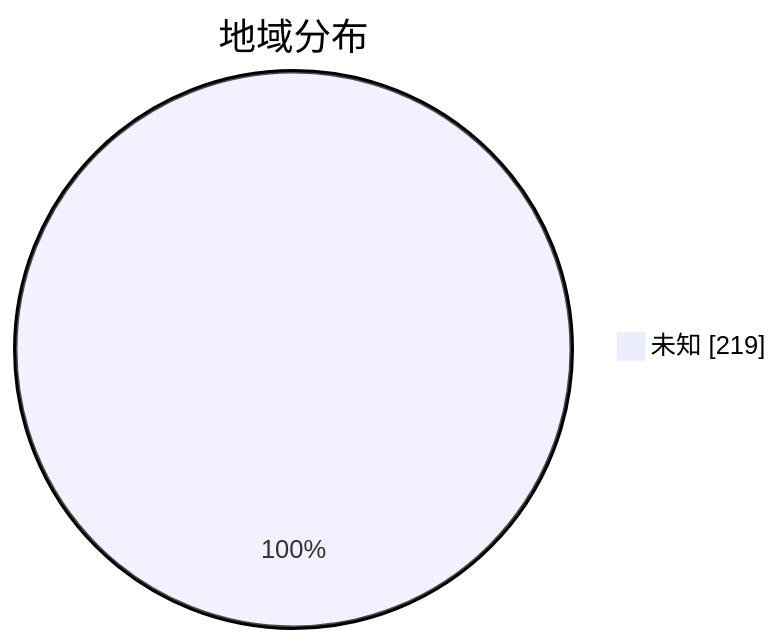
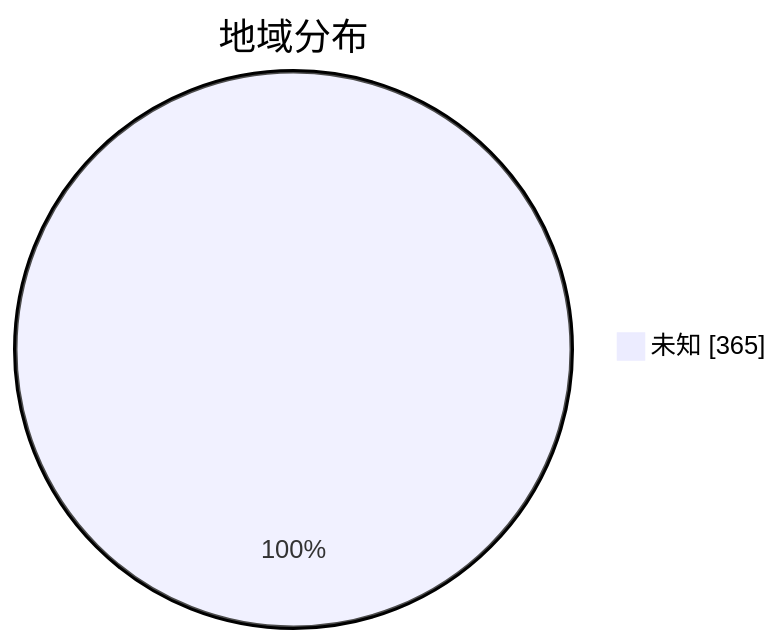
Before and after one commit to qjlxg/airport: the second of 3 diagrams in subs/statistics/tested_within.md, drawn with Mermaid. The commit also changed other lines of this file and 2 other files, not shown here.

````diff
--- a/subs/statistics/tested_within.md
+++ b/subs/statistics/tested_within.md
@@ -12,5 +13,5 @@
 ```mermaid
 pie showData
 title 地域分布
-"未知" : 219
+"未知" : 365
 ```
````
